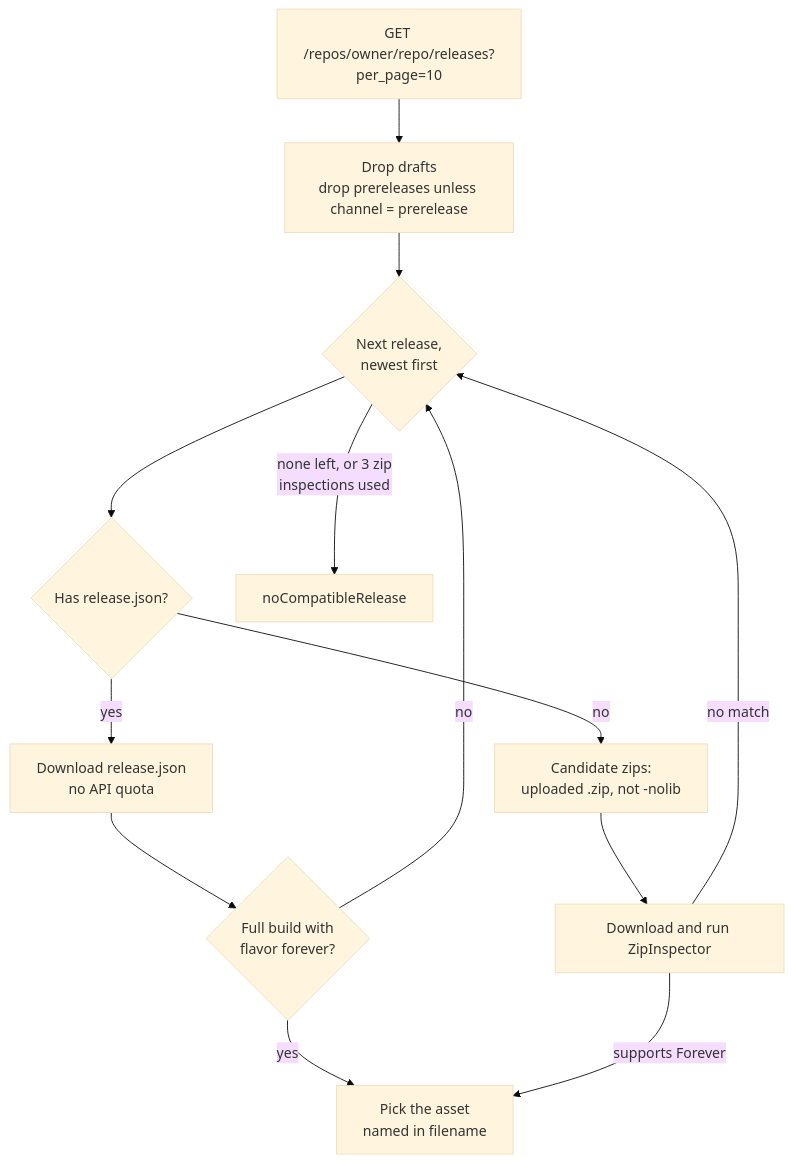
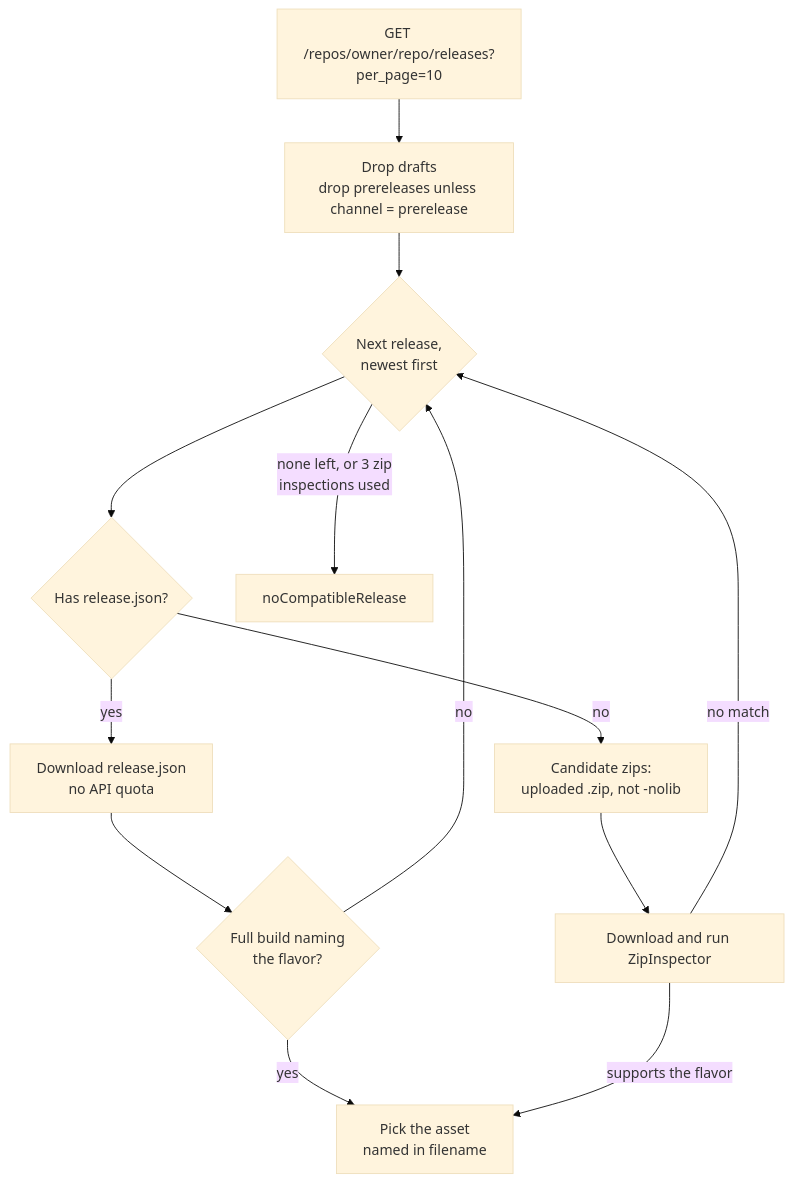
The first of 2 diagrams in docs/features/release-selection.md (miotke/reload), drawn with Mermaid (base theme) before and after one commit. The commit also changed other lines of this file and 15 other files, not shown here.

````diff
--- a/docs/features/release-selection.md
+++ b/docs/features/release-selection.md
@@ -9,15 +9,15 @@
 ```mermaid
 flowchart TD
     A[GET /repos/owner/repo/releases?per_page=10] --> B[Drop drafts<br/>drop prereleases unless channel = prerelease]
     B --> C{Next release,<br/>newest first}
     C --> D{Has release.json?}
     D -- yes --> E[Download release.json<br/>no API quota]
-    E --> F{Full build with<br/>flavor forever?}
+    E --> F{Full build naming<br/>the flavor?}
     F -- yes --> G[Pick the asset<br/>named in filename]
     F -- no --> C
     D -- no --> H[Candidate zips:<br/>uploaded .zip, not -nolib]
     H --> I[Download and run ZipInspector]
-    I -- supports Forever --> G
+    I -- supports the flavor --> G
     I -- no match --> C
     C -- none left, or 3 zip<br/>inspections used --> X[noCompatibleRelease]
 ```
````
